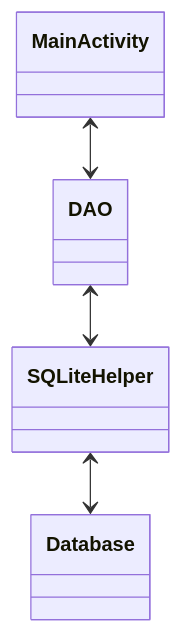
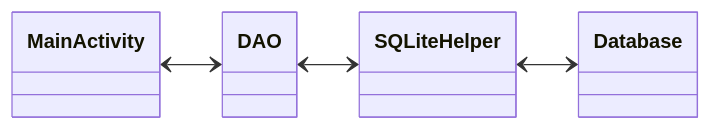
The diagram in Readme.md (SoftdeveloperNeumann/ShoppingList230413), drawn with Mermaid before and after one commit.

Commit message:
erste fertige Version

````diff
--- a/Readme.md
+++ b/Readme.md
@@ -68,9 +68,7 @@
 ```mermaid
 classDiagram
-
-
+direction LR;
 MainActivity <--> DAO 
 DAO <--> SQLiteHelper
 SQLiteHelper <--> Database
-
 ```
````
